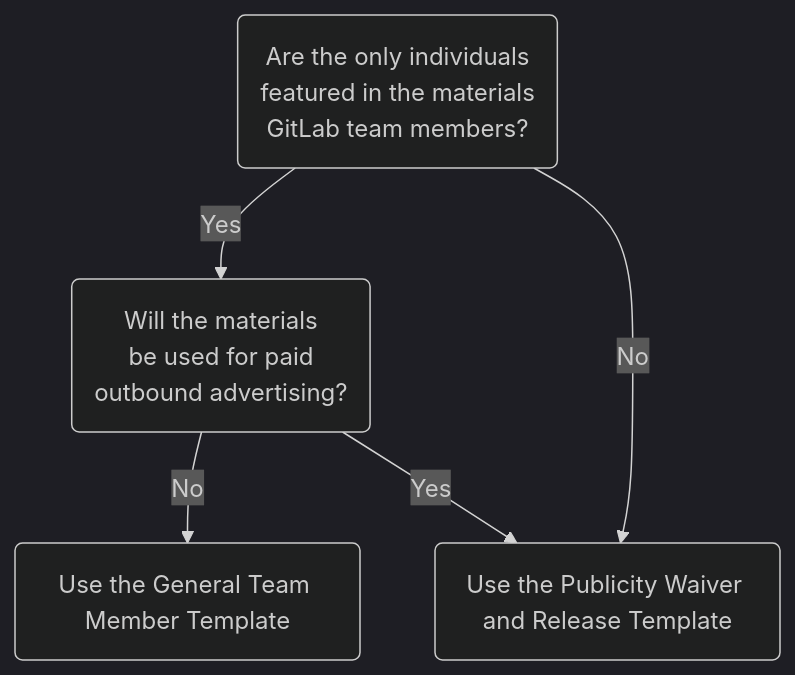
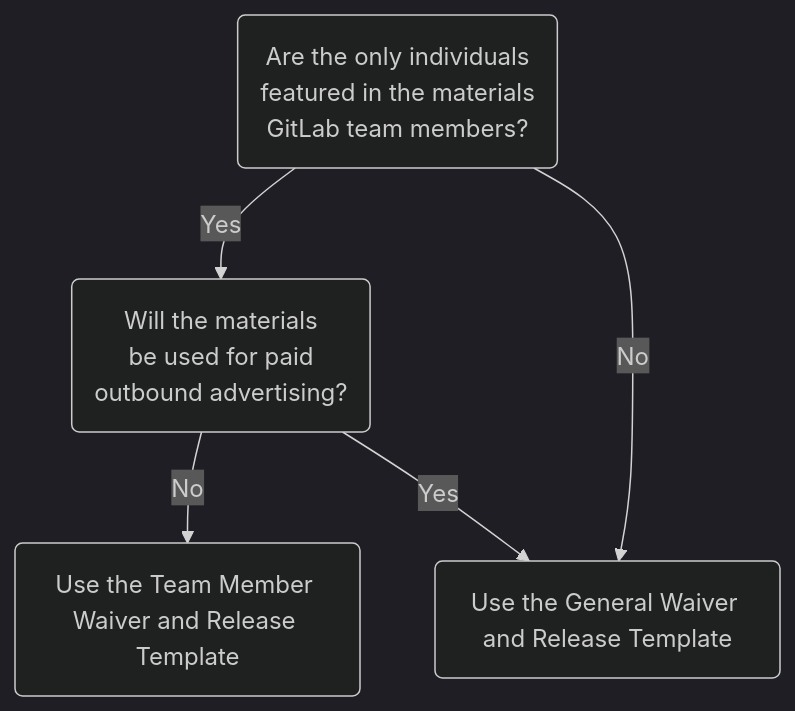
The diagram in content/handbook/legal/publicity-waiver-release.md (zalyoung/gitlab-handbook), drawn with Mermaid (dark theme) before and after one commit. The commit also changed other lines of this file, not shown here.

Commit message:
Revisions - Edit publicity-waiver-release.md

````diff
--- a/content/handbook/legal/publicity-waiver-release.md
+++ b/content/handbook/legal/publicity-waiver-release.md
@@ -26,10 +26,10 @@
 ```mermaid
 graph TD
   A(Are the only individuals<br> featured in the materials<br> GitLab team members?)-->|Yes|B(Will the materials<br> be used for paid<br> outbound advertising?)
-  A -->|No| C(Use the Publicity Waiver and Release Template)
-  B -->|No| D(Use the General Team Member Template)
+  A -->|No| C(Use the General Waiver and Release Template)
+  B -->|No| D(Use the Team Member Waiver and Release Template)
   B -->|Yes| C
 
 click C "/handbook/legal/publicity-waiver-release/#material-and-purpose-specific-publicity-waiver-and-release"
 click D "/handbook/legal/publicity-waiver-release/#team-member-general-publicity-waiver-and-release"
 ```
````
